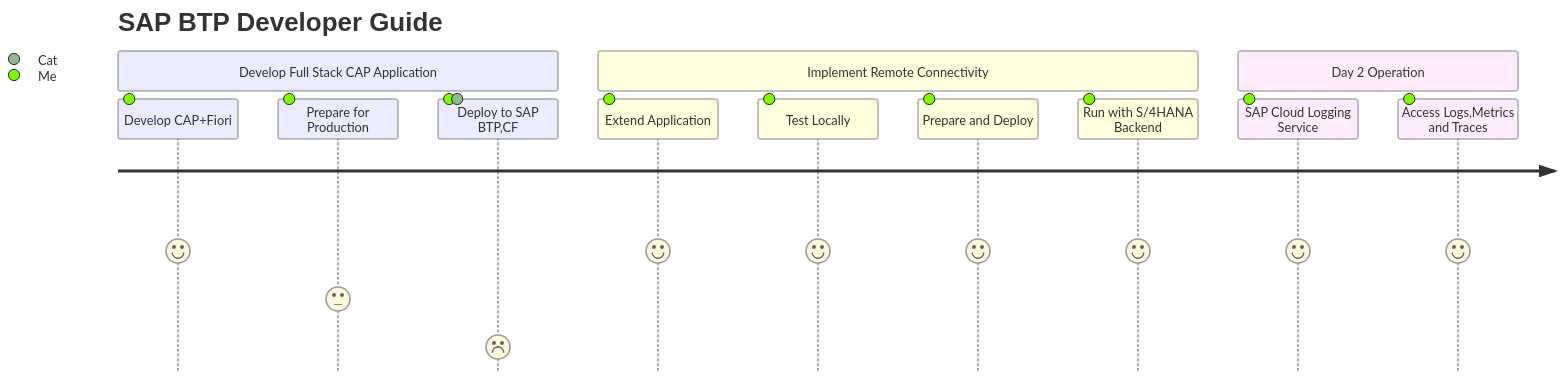
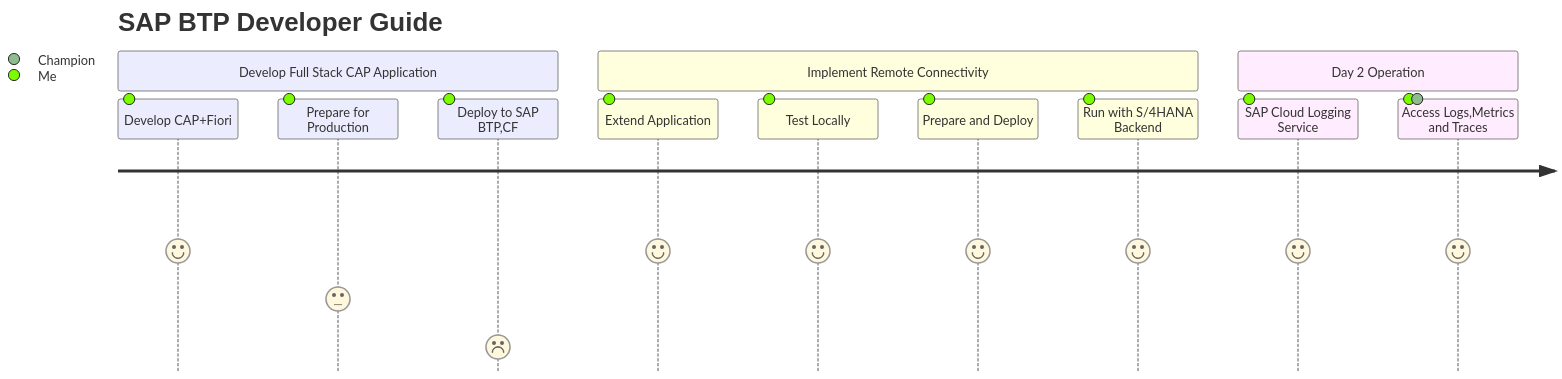
One commit to ejazsyed/validation-issue changed the second of 5 diagrams in README.md. Above: the diagram before and after it, drawn with Mermaid.

````diff
--- a/README.md
+++ b/README.md
@@ -40,16 +40,16 @@
 ```mermaid
 journey
     title SAP BTP Developer Guide
     section Develop Full Stack CAP Application
       Develop CAP+Fiori: 5: Me
       Prepare for Production: 3: Me
-      Deploy to SAP BTP,CF: 1: Me, Cat
+      Deploy to SAP BTP,CF: 1: Me
     section Implement Remote Connectivity
       Extend Application: 5: Me
       Test Locally: 5: Me
       Prepare and Deploy: 5: Me
       Run with S/4HANA Backend: 5: Me 
     section Day 2 Operation
       SAP Cloud Logging Service: 5: Me
-      Access Logs,Metrics and Traces: 5: Me
+      Access Logs,Metrics and Traces: 5: Me,Champion
 ```
````
